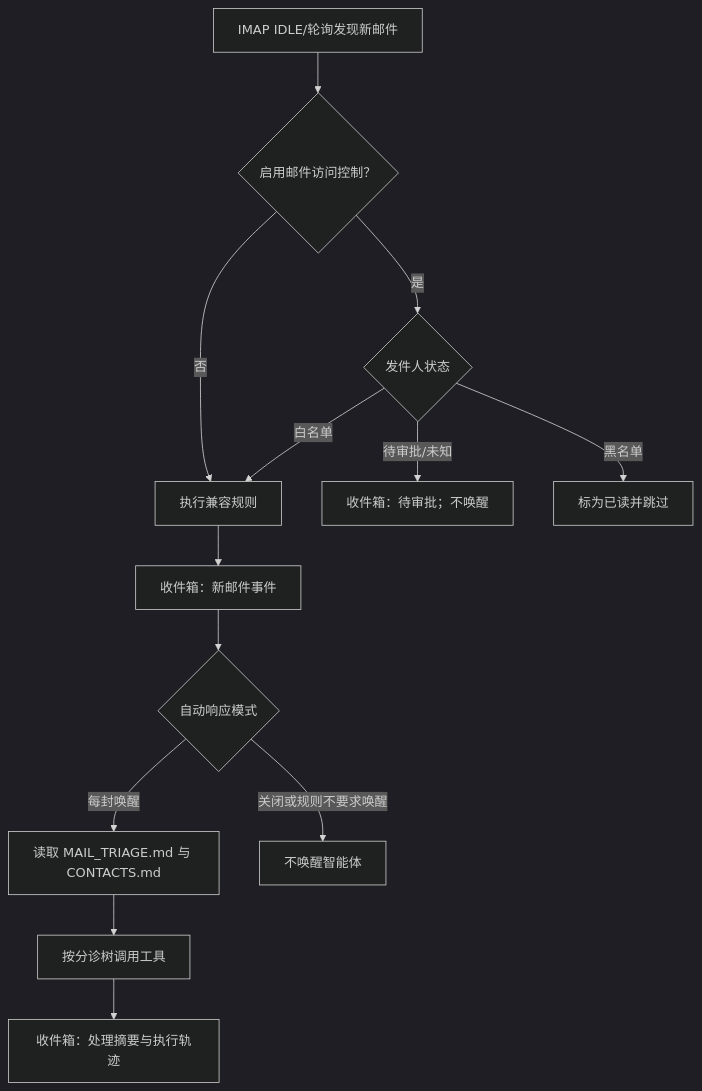
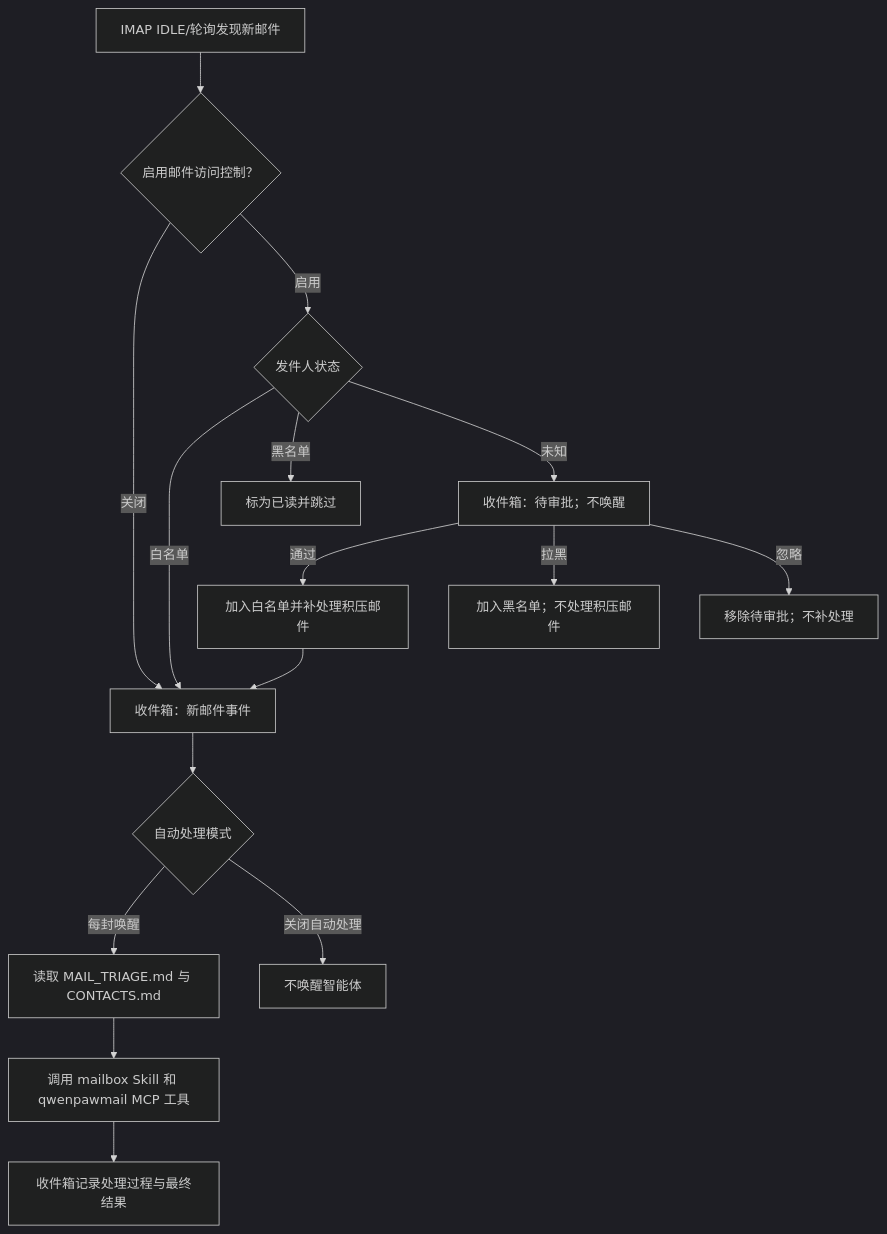
The diagram in website/public/docs/mailbox.zh.md (Luohh5/QwenPaw), drawn with Mermaid (dark theme) before and after one commit. The commit also changed other lines of this file and 14 other files, not shown here.

````diff
--- a/website/public/docs/mailbox.zh.md
+++ b/website/public/docs/mailbox.zh.md
@@ -237,15 +220,18 @@
 ```mermaid
 flowchart TD
     A["IMAP IDLE/轮询发现新邮件"] --> B{"启用邮件访问控制？"}
-    B -->|"否"| E["执行兼容规则"]
-    B -->|"是"| C{"发件人状态"}
-    C -->|"待审批/未知"| D["收件箱：待审批；不唤醒"]
-    C -->|"黑名单"| X["标为已读并跳过"]
-    C -->|"白名单"| E
-    E --> F["收件箱：新邮件事件"]
-    F --> G{"自动响应模式"}
-    G -->|"每封唤醒"| H["读取 MAIL_TRIAGE.md 与 CONTACTS.md"]
-    G -->|"关闭或规则不要求唤醒"| Y["不唤醒智能体"]
-    H --> I["按分诊树调用工具"]
-    I --> J["收件箱：处理摘要与执行轨迹"]
+    B -->|"关闭"| I["收件箱：新邮件事件"]
+    B -->|"启用"| C{"发件人状态"}
+    C -->|"白名单"| I
+    C -->|"黑名单"| D["标为已读并跳过"]
+    C -->|"未知"| E["收件箱：待审批；不唤醒"]
+    E -->|"通过"| F["加入白名单并补处理积压邮件"]
+    E -->|"拉黑"| G["加入黑名单；不处理积压邮件"]
+    E -->|"忽略"| H["移除待审批；不补处理"]
+    F --> I
+    I --> J{"自动处理模式"}
+    J -->|"每封唤醒"| K["读取 MAIL_TRIAGE.md 与 CONTACTS.md"]
+    J -->|"关闭自动处理"| L["不唤醒智能体"]
+    K --> M["调用 mailbox Skill 和 qwenpawmail MCP 工具"]
+    M --> N["收件箱记录处理过程与最终结果"]
 ```
````
